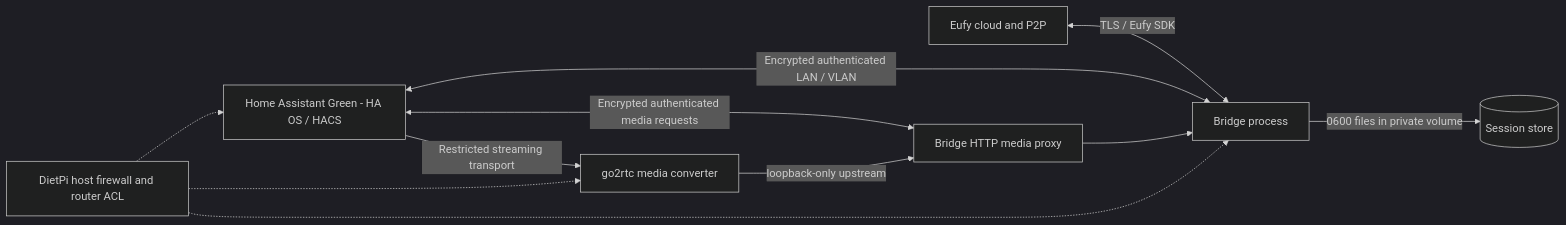
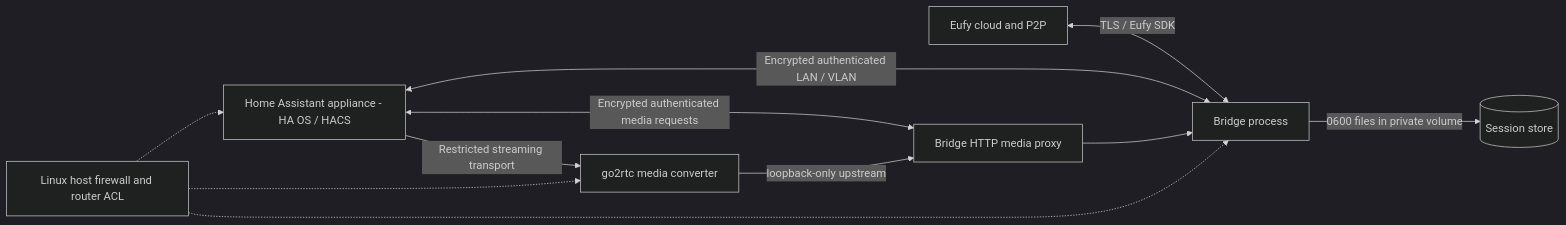
The first of 5 diagrams in docs/security-architecture.md (cfmanco/ha-eufy-sdk-bridge), drawn with Mermaid (dark theme) before and after one commit. The commit also changed other lines of this file, not shown here.

Commit message:
docs(security): limit hardware disclosure to architecture and device roles

````diff
--- a/docs/security-architecture.md
+++ b/docs/security-architecture.md
@@ -16,13 +16,13 @@
 ```mermaid
 flowchart LR
   E[Eufy cloud and P2P] <-->|TLS / Eufy SDK| B[Bridge process]
-  H[Home Assistant Green - HA OS / HACS] <-->|Encrypted authenticated LAN / VLAN| B
+  H[Home Assistant appliance - HA OS / HACS] <-->|Encrypted authenticated LAN / VLAN| B
   H <-->|Encrypted authenticated media requests| P[Bridge HTTP media proxy]
   P --> B
   G[go2rtc media converter] -->|loopback-only upstream| P
   H -->|Restricted streaming transport| G
   B -->|0600 files in private volume| S[(Session store)]
-  F[DietPi host firewall and router ACL] -.-> H
+  F[Linux host firewall and router ACL] -.-> H
   F -.-> B
   F -.-> G
 ```
````
